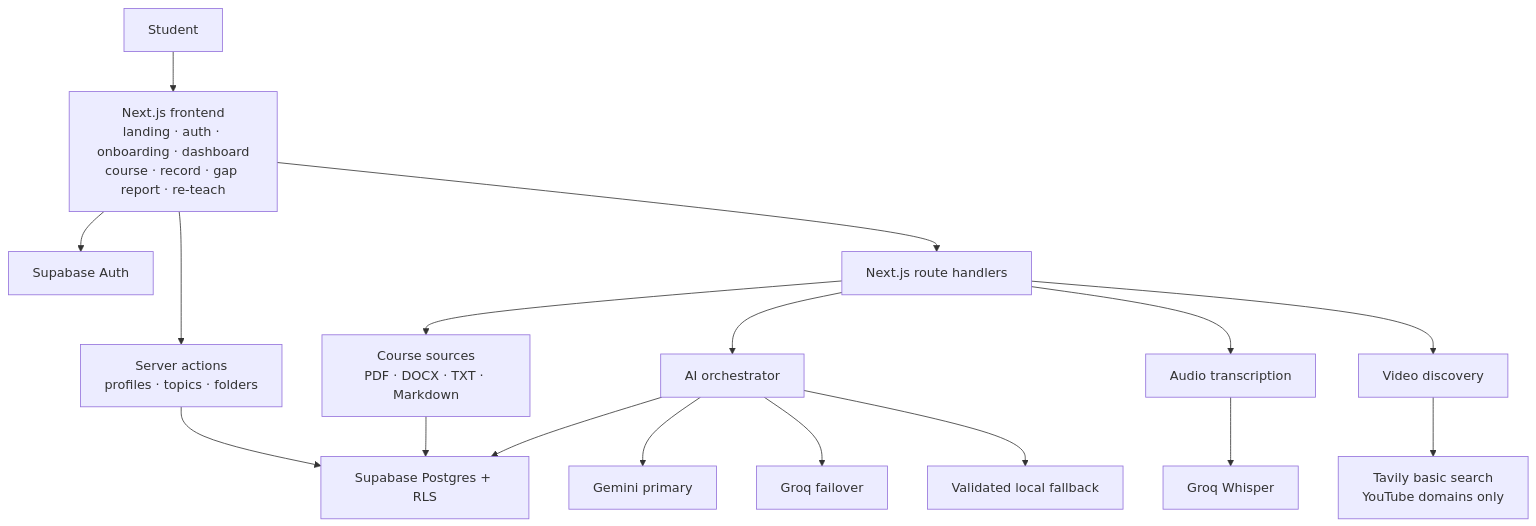
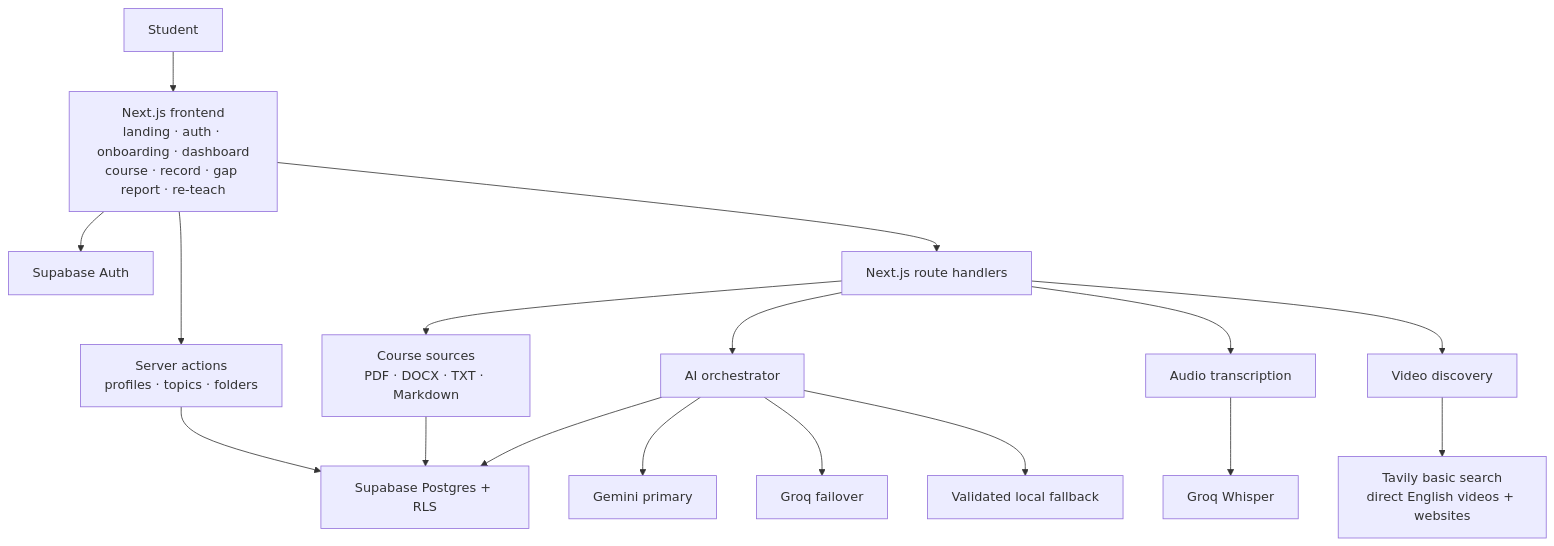
Before and after one commit to jocaishek/explainaloud: the diagram in ARCHITECTURE.md, drawn with Mermaid. The commit also changed other lines of this file and 9 other files, not shown here.

Commit message:
Add direct English learning links

````diff
--- a/ARCHITECTURE.md
+++ b/ARCHITECTURE.md
@@ -8,22 +8,22 @@
 ```mermaid
 flowchart TD
   user["Student"] --> web["Next.js frontend<br/>landing · auth · onboarding · dashboard<br/>course · record · gap report · re-teach"]
   web --> auth["Supabase Auth"]
   web --> actions["Server actions<br/>profiles · topics · folders"]
   web --> api["Next.js route handlers"]
 
   api --> sources["Course sources<br/>PDF · DOCX · TXT · Markdown"]
   api --> orchestrator["AI orchestrator"]
   api --> transcription["Audio transcription"]
   api --> video["Video discovery"]
 
   actions --> db["Supabase Postgres + RLS"]
   sources --> db
   orchestrator --> db
   transcription --> groq["Groq Whisper"]
-  video --> tavily["Tavily basic search<br/>YouTube domains only"]
+  video --> tavily["Tavily basic search<br/>direct English videos + websites"]
 
   orchestrator --> gemini["Gemini primary"]
   orchestrator --> groqText["Groq failover"]
   orchestrator --> local["Validated local fallback"]
 ```
````
